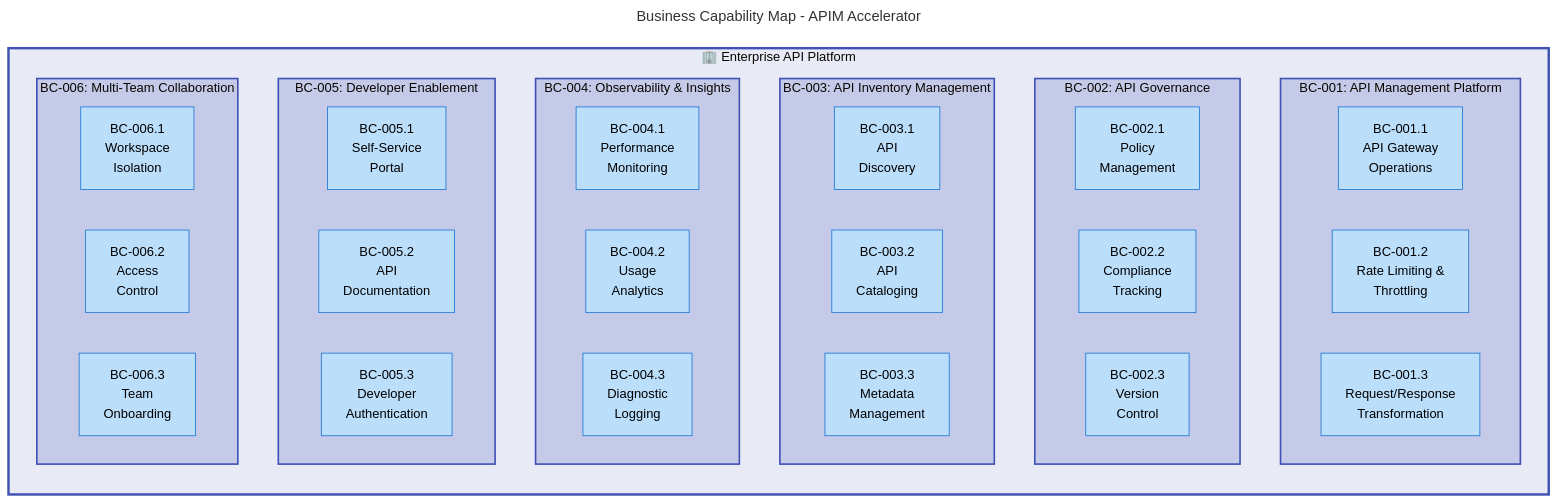
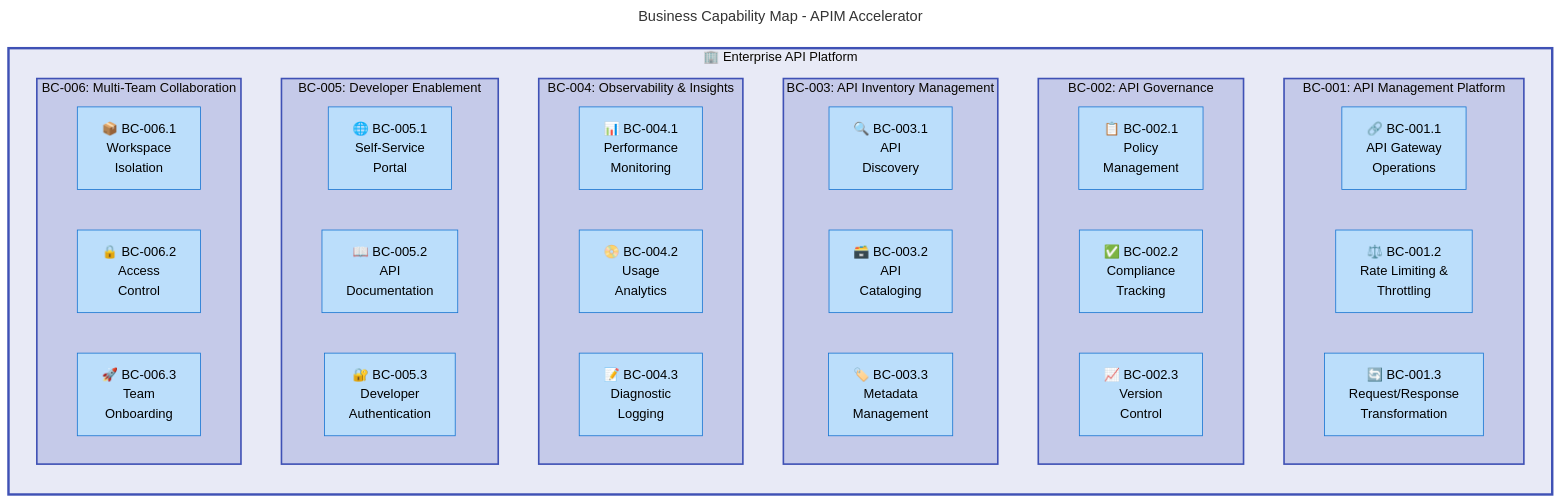
One commit to Evilazaro/APIM-Accelerator changed the second of 7 diagrams in docs/architecture/Business_Architecture_Document.md. Above: the diagram before and after it, drawn with Mermaid. The commit also changed other lines of this file, not shown here.

Commit message:
Enhance Business Architecture Document with color scheme documentation and improved visual elements for better clarity in capability mapping and value streams

````diff
--- a/docs/architecture/Business_Architecture_Document.md
+++ b/docs/architecture/Business_Architecture_Document.md
@@ -105,70 +105,79 @@
 ```mermaid
 ---
 title: Business Capability Map - APIM Accelerator
 config:
   theme: base
   flowchart:
     htmlLabels: false
 ---
 flowchart TB
     accTitle: APIM Accelerator Business Capability Map
     accDescr: Hierarchical view of business capabilities enabled by the APIM Accelerator
 
+    %% ============================================
+    %% COLOR SCHEME DOCUMENTATION
+    %% ============================================
+    %% HIERARCHICAL COLORS (structural nesting):
+    %%   Level 1: #E8EAF6 (Indigo 50) - Main container
+    %%   Level 2: #C5CAE9 (Indigo 100) - Capability groups
+    %%   Level 3: #BBDEFB (Blue 100) - Individual capabilities
+    %% ============================================
+
     classDef l1Cap fill:#E8EAF6,stroke:#3F51B5,stroke-width:3px,color:#000
     classDef l2Cap fill:#C5CAE9,stroke:#3F51B5,stroke-width:2px,color:#000
     classDef l3Cap fill:#BBDEFB,stroke:#1976D2,stroke-width:1px,color:#000
 
     subgraph enterprise["🏢 Enterprise API Platform"]
         direction TB
 
         subgraph cap1["BC-001: API Management Platform"]
             direction LR
-            cap1_1["BC-001.1<br/>API Gateway<br/>Operations"]:::l3Cap
-            cap1_2["BC-001.2<br/>Rate Limiting &<br/>Throttling"]:::l3Cap
-            cap1_3["BC-001.3<br/>Request/Response<br/>Transformation"]:::l3Cap
+            cap1_1["🔗 BC-001.1<br/>API Gateway<br/>Operations"]:::l3Cap
+            cap1_2["⚖️ BC-001.2<br/>Rate Limiting &<br/>Throttling"]:::l3Cap
+            cap1_3["🔄 BC-001.3<br/>Request/Response<br/>Transformation"]:::l3Cap
         end
 
         subgraph cap2["BC-002: API Governance"]
             direction LR
-            cap2_1["BC-002.1<br/>Policy<br/>Management"]:::l3Cap
-            cap2_2["BC-002.2<br/>Compliance<br/>Tracking"]:::l3Cap
-            cap2_3["BC-002.3<br/>Version<br/>Control"]:::l3Cap
+            cap2_1["📋 BC-002.1<br/>Policy<br/>Management"]:::l3Cap
+            cap2_2["✅ BC-002.2<br/>Compliance<br/>Tracking"]:::l3Cap
+            cap2_3["📈 BC-002.3<br/>Version<br/>Control"]:::l3Cap
         end
 
         subgraph cap3["BC-003: API Inventory Management"]
             direction LR
-            cap3_1["BC-003.1<br/>API<br/>Discovery"]:::l3Cap
-            cap3_2["BC-003.2<br/>API<br/>Cataloging"]:::l3Cap
-            cap3_3["BC-003.3<br/>Metadata<br/>Management"]:::l3Cap
+            cap3_1["🔍 BC-003.1<br/>API<br/>Discovery"]:::l3Cap
+            cap3_2["🗃️ BC-003.2<br/>API<br/>Cataloging"]:::l3Cap
+            cap3_3["🏷️ BC-003.3<br/>Metadata<br/>Management"]:::l3Cap
         end
 
         subgraph cap4["BC-004: Observability & Insights"]
             direction LR
-            cap4_1["BC-004.1<br/>Performance<br/>Monitoring"]:::l3Cap
-            cap4_2["BC-004.2<br/>Usage<br/>Analytics"]:::l3Cap
-            cap4_3["BC-004.3<br/>Diagnostic<br/>Logging"]:::l3Cap
+            cap4_1["📊 BC-004.1<br/>Performance<br/>Monitoring"]:::l3Cap
+            cap4_2["📀 BC-004.2<br/>Usage<br/>Analytics"]:::l3Cap
+            cap4_3["📝 BC-004.3<br/>Diagnostic<br/>Logging"]:::l3Cap
         end
 
         subgraph cap5["BC-005: Developer Enablement"]
             direction LR
-            cap5_1["BC-005.1<br/>Self-Service<br/>Portal"]:::l3Cap
-            cap5_2["BC-005.2<br/>API<br/>Documentation"]:::l3Cap
-            cap5_3["BC-005.3<br/>Developer<br/>Authentication"]:::l3Cap
+            cap5_1["🌐 BC-005.1<br/>Self-Service<br/>Portal"]:::l3Cap
+            cap5_2["📖 BC-005.2<br/>API<br/>Documentation"]:::l3Cap
+            cap5_3["🔐 BC-005.3<br/>Developer<br/>Authentication"]:::l3Cap
         end
 
         subgraph cap6["BC-006: Multi-Team Collaboration"]
             direction LR
-            cap6_1["BC-006.1<br/>Workspace<br/>Isolation"]:::l3Cap
-            cap6_2["BC-006.2<br/>Access<br/>Control"]:::l3Cap
-            cap6_3["BC-006.3<br/>Team<br/>Onboarding"]:::l3Cap
+            cap6_1["📦 BC-006.1<br/>Workspace<br/>Isolation"]:::l3Cap
+            cap6_2["🔒 BC-006.2<br/>Access<br/>Control"]:::l3Cap
+            cap6_3["🚀 BC-006.3<br/>Team<br/>Onboarding"]:::l3Cap
         end
     end
 
     style enterprise fill:#E8EAF6,stroke:#3F51B5,stroke-width:3px
     style cap1 fill:#C5CAE9,stroke:#3F51B5,stroke-width:2px
     style cap2 fill:#C5CAE9,stroke:#3F51B5,stroke-width:2px
     style cap3 fill:#C5CAE9,stroke:#3F51B5,stroke-width:2px
     style cap4 fill:#C5CAE9,stroke:#3F51B5,stroke-width:2px
     style cap5 fill:#C5CAE9,stroke:#3F51B5,stroke-width:2px
     style cap6 fill:#C5CAE9,stroke:#3F51B5,stroke-width:2px
 ```
````
